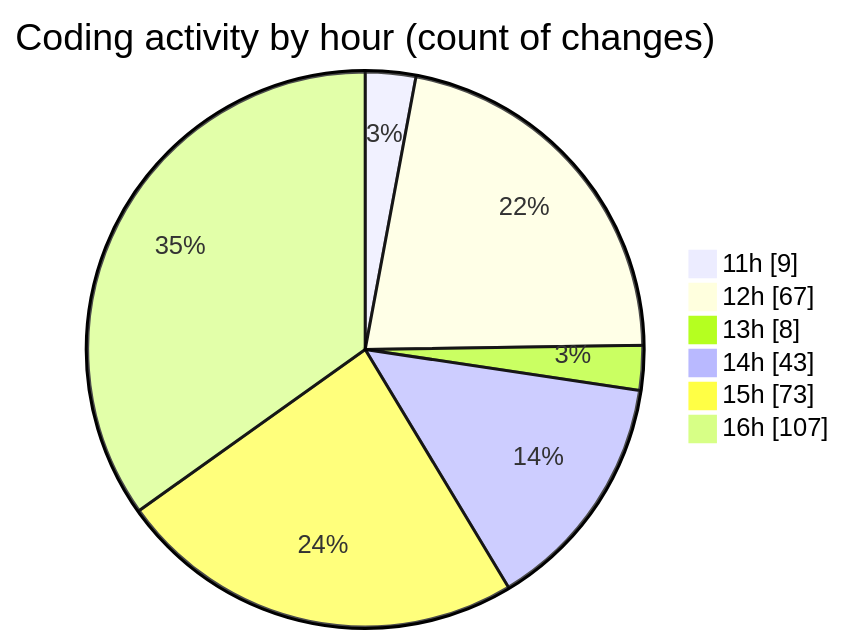
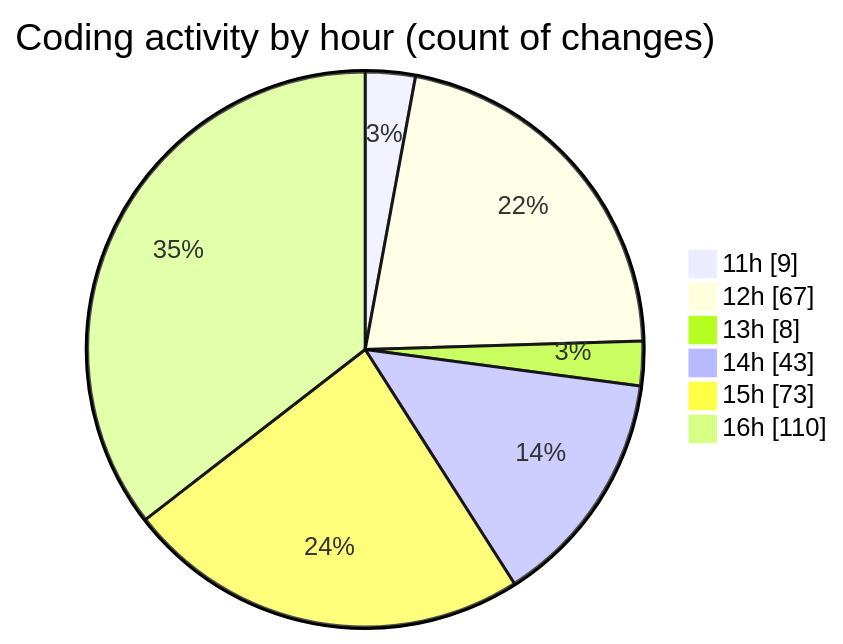
The second of 2 diagrams in 2026-08-23/nxtqube_webapp/README.md (nxtqubesakshisongat/code-tracking), drawn with Mermaid before and after one commit. The commit also changed other lines of this file and 1 other file, not shown here.

````diff
--- a/2026-08-23/nxtqube_webapp/README.md
+++ b/2026-08-23/nxtqube_webapp/README.md
@@ -118,10 +119,10 @@
 ```mermaid
 pie showData
 title Coding activity by hour (count of changes)
 "11h" : 9
 "12h" : 67
 "13h" : 8
 "14h" : 43
 "15h" : 73
-"16h" : 107
+"16h" : 110
 ```
````
